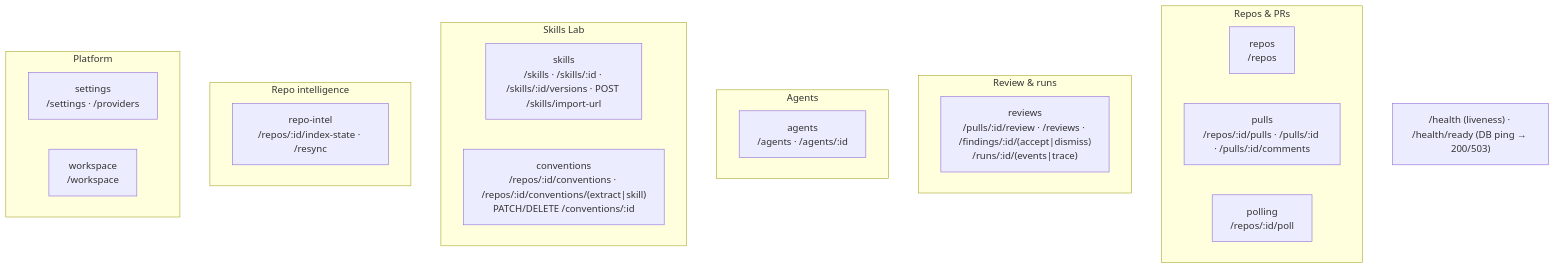
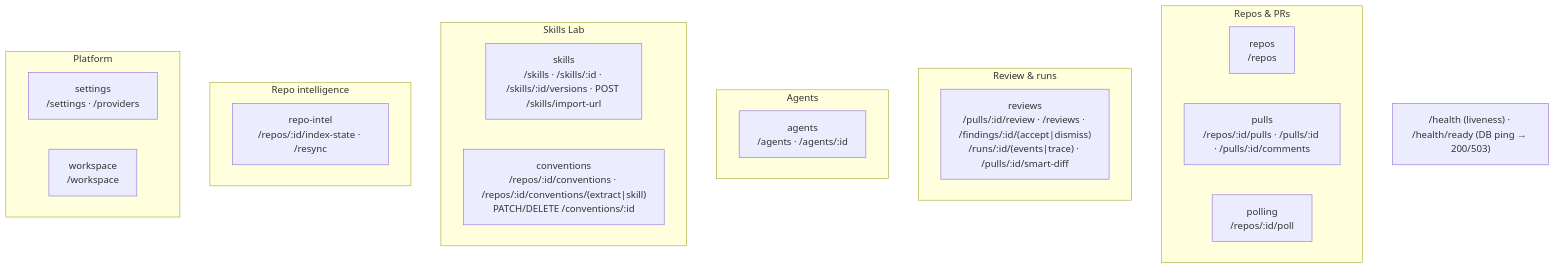
The second of 2 diagrams in server/README.md (neronasee/dev-digest), drawn with Mermaid before and after one commit. The commit also changed 39 other files, not shown here.

First line of the commit message:
feat(reviews): smart diff — role-grouped Files changed tab with inline findings

````diff
--- a/server/README.md
+++ b/server/README.md
@@ -64,26 +64,26 @@
 ```mermaid
 flowchart TB
   subgraph Repos_PRs["Repos & PRs"]
     repos["repos<br/>/repos"]
     pulls["pulls<br/>/repos/:id/pulls · /pulls/:id · /pulls/:id/comments"]
     polling["polling<br/>/repos/:id/poll"]
   end
   subgraph Review["Review & runs"]
-    reviews["reviews<br/>/pulls/:id/review · /reviews · /findings/:id/(accept|dismiss)<br/>/runs/:id/(events|trace)"]
+    reviews["reviews<br/>/pulls/:id/review · /reviews · /findings/:id/(accept|dismiss)<br/>/runs/:id/(events|trace) · /pulls/:id/smart-diff"]
   end
   subgraph Agents["Agents"]
     agents["agents<br/>/agents · /agents/:id"]
   end
   subgraph SkillsLab["Skills Lab"]
     skills["skills<br/>/skills · /skills/:id · /skills/:id/versions · POST /skills/import-url"]
     conventions["conventions<br/>/repos/:id/conventions · /repos/:id/conventions/(extract|skill)<br/>PATCH/DELETE /conventions/:id"]
   end
   subgraph Intel["Repo intelligence"]
     repoIntel["repo-intel<br/>/repos/:id/index-state · /resync"]
   end
   subgraph Platform["Platform"]
     settings["settings<br/>/settings · /providers"]
     workspace["workspace<br/>/workspace"]
   end
   HEALTH["/health (liveness) · /health/ready (DB ping → 200/503)"]
 ```
````
